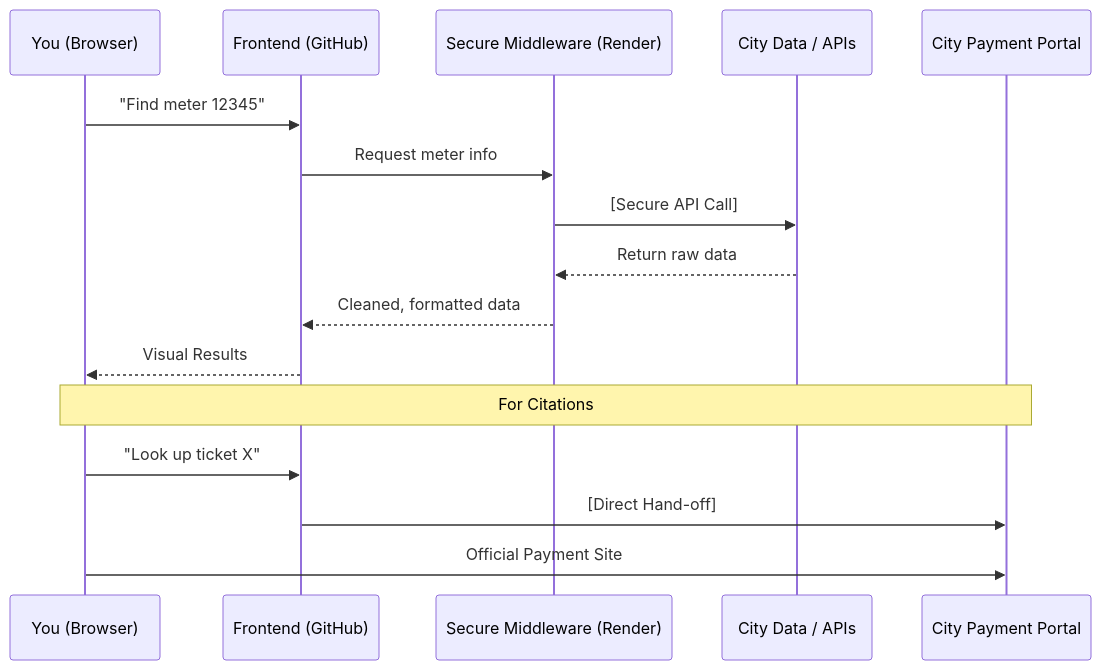
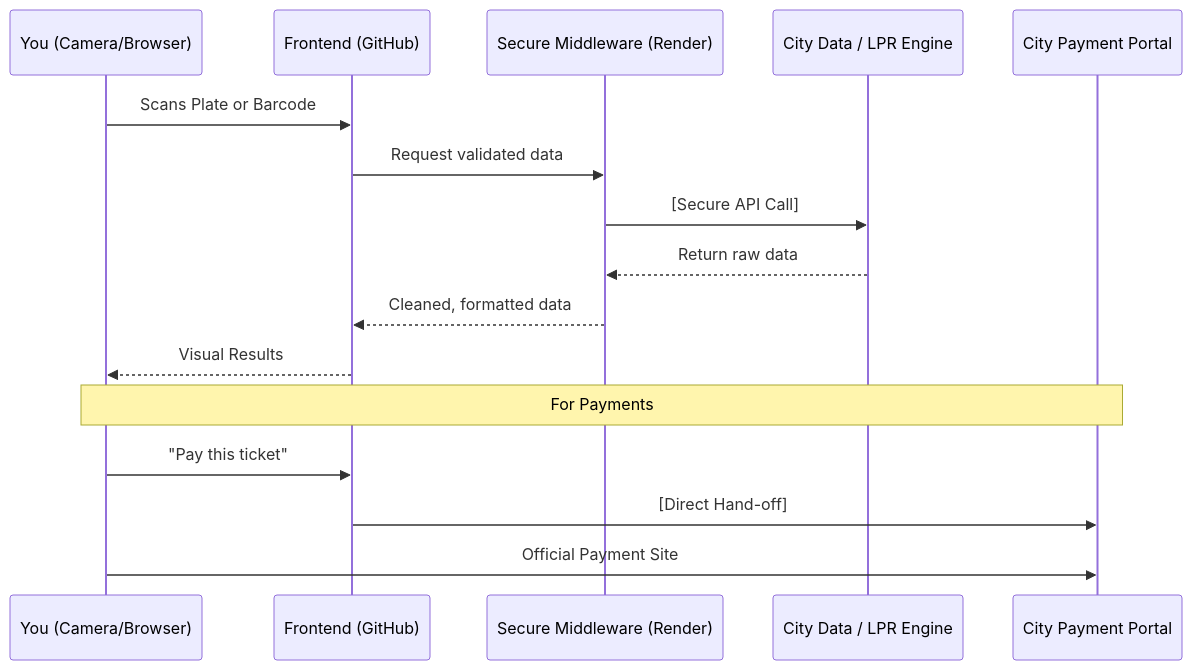
The diagram in README.md (dugann/indy-locator-web), drawn with Mermaid before and after one commit. The commit also changed other lines of this file, not shown here.

````diff
--- a/README.md
+++ b/README.md
@@ -32,20 +39,20 @@
 ```mermaid
 sequenceDiagram
-    participant U as You (Browser)
+    participant U as You (Camera/Browser)
     participant F as Frontend (GitHub)
     participant B as Secure Middleware (Render)
-    participant E as City Data / APIs
+    participant E as City Data / LPR Engine
     participant P as City Payment Portal
 
-    U->>F: "Find meter 12345"
-    F->>B: Request meter info
+    U->>F: Scans Plate or Barcode
+    F->>B: Request validated data
     B->>E: [Secure API Call]
     E-->>B: Return raw data
     B-->>F: Cleaned, formatted data
     F-->>U: Visual Results
     
-    Note over U,P: For Citations
-    U->>F: "Look up ticket X"
+    Note over U,P: For Payments
+    U->>F: "Pay this ticket"
     F->>P: [Direct Hand-off]
     U->>P: Official Payment Site
 ```
````
